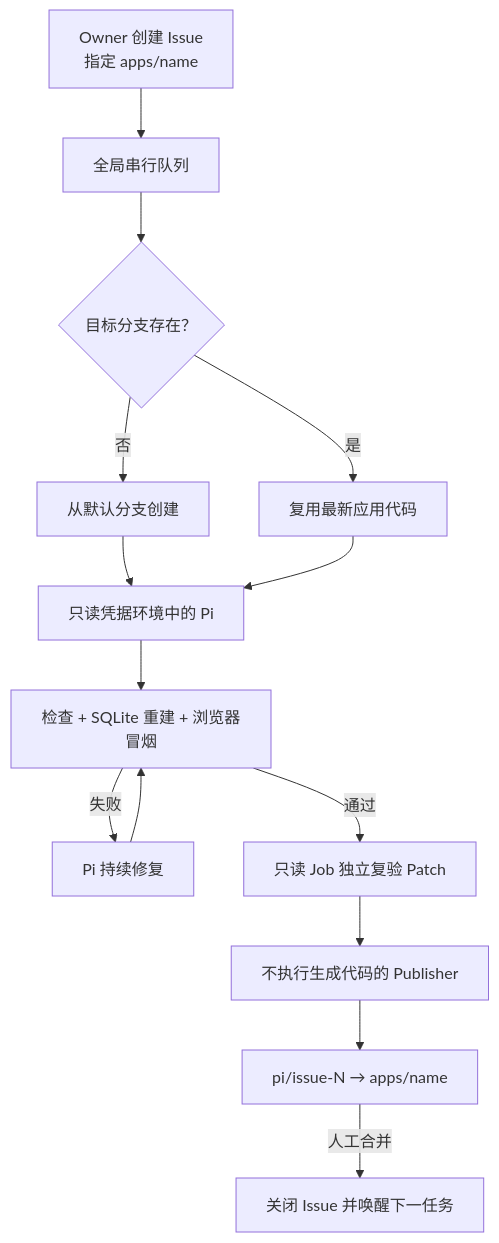
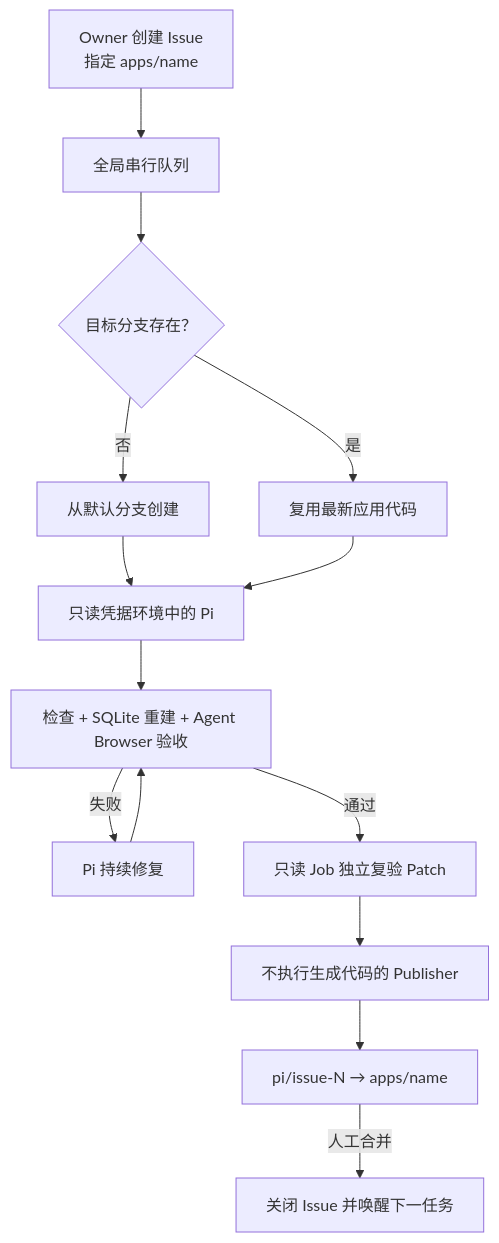
One commit to gchust/nb3-factory changed the diagram in README.MD. Above: the diagram before and after it, drawn with Mermaid. The commit also changed other lines of this file and 19 other files, not shown here.

Commit message:
feat: verify generated apps with Agent Browser

````diff
--- a/README.MD
+++ b/README.MD
@@ -5,16 +5,16 @@
 ```mermaid
 flowchart TD
     Issue["Owner 创建 Issue<br/>指定 apps/name"] --> Queue["全局串行队列"]
     Queue --> Branch{"目标分支存在？"}
     Branch -->|否| Create["从默认分支创建"]
     Branch -->|是| Reuse["复用最新应用代码"]
     Create --> Pi["只读凭据环境中的 Pi"]
     Reuse --> Pi
-    Pi --> Verify["检查 + SQLite 重建 + 浏览器冒烟"]
+    Pi --> Verify["检查 + SQLite 重建 + Agent Browser 验收"]
     Verify -->|失败| Repair["Pi 持续修复"]
     Repair --> Verify
     Verify -->|通过| Final["只读 Job 独立复验 Patch"]
     Final --> Publish["不执行生成代码的 Publisher"]
     Publish --> PR["pi/issue-N → apps/name"]
     PR -->|人工合并| Done["关闭 Issue 并唤醒下一任务"]
 ```
````
